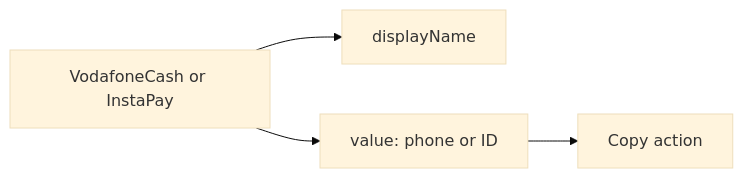
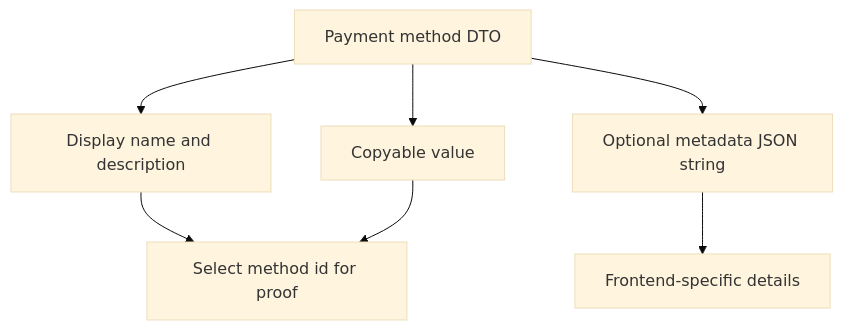
Before and after one commit to mhasabalah/StarterKit: the diagram in wiki/Subscriptions/PaymentMethods-Frontend-Integration.md, drawn with Mermaid (base theme). The commit also changed other lines of this file and 10 other files, not shown here.

````diff
--- a/wiki/Subscriptions/PaymentMethods-Frontend-Integration.md
+++ b/wiki/Subscriptions/PaymentMethods-Frontend-Integration.md
@@ -141,6 +44,9 @@
 ```mermaid
-flowchart LR
-  P[VodafoneCash or InstaPay] --> D[displayName]
-  P --> V[value: phone or ID]
-  V --> C[Copy action]
+flowchart TB
+  M[Payment method DTO] --> C[Display name and description]
+  M --> V[Copyable value]
+  M --> J[Optional metadata JSON string]
+  J --> F[Frontend-specific details]
+  C --> P[Select method id for proof]
+  V --> P
 ```
````
